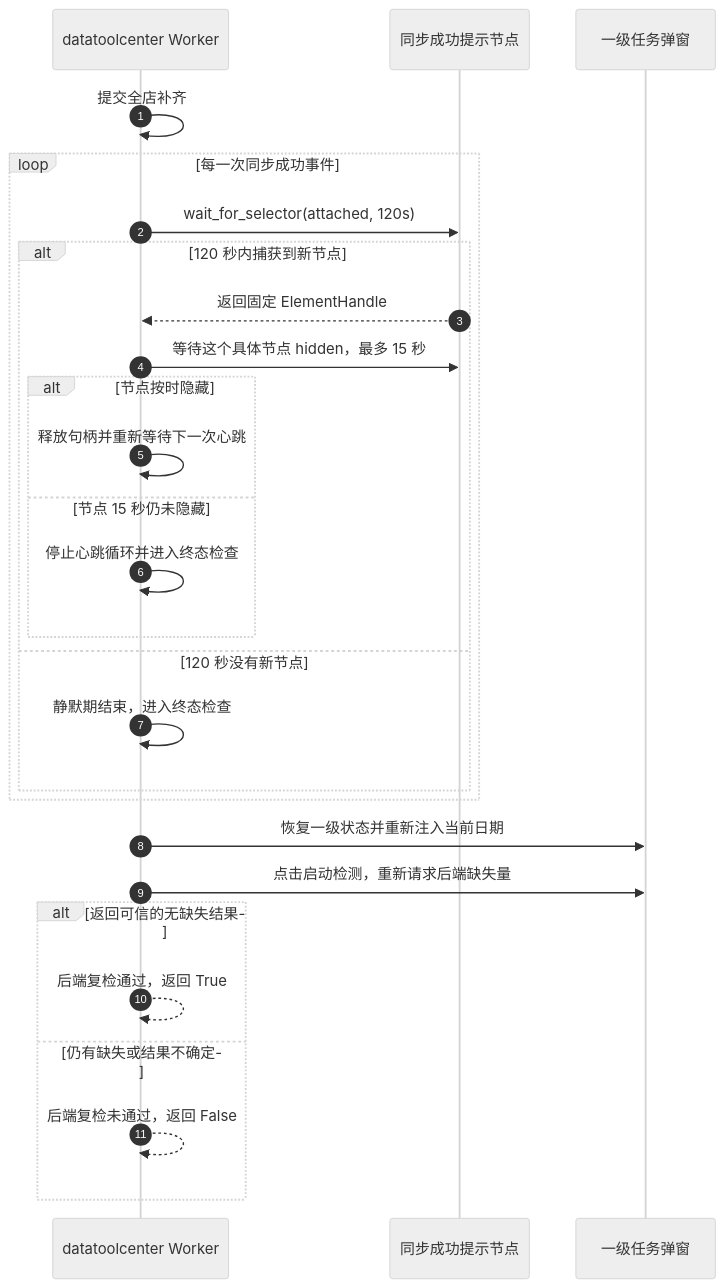
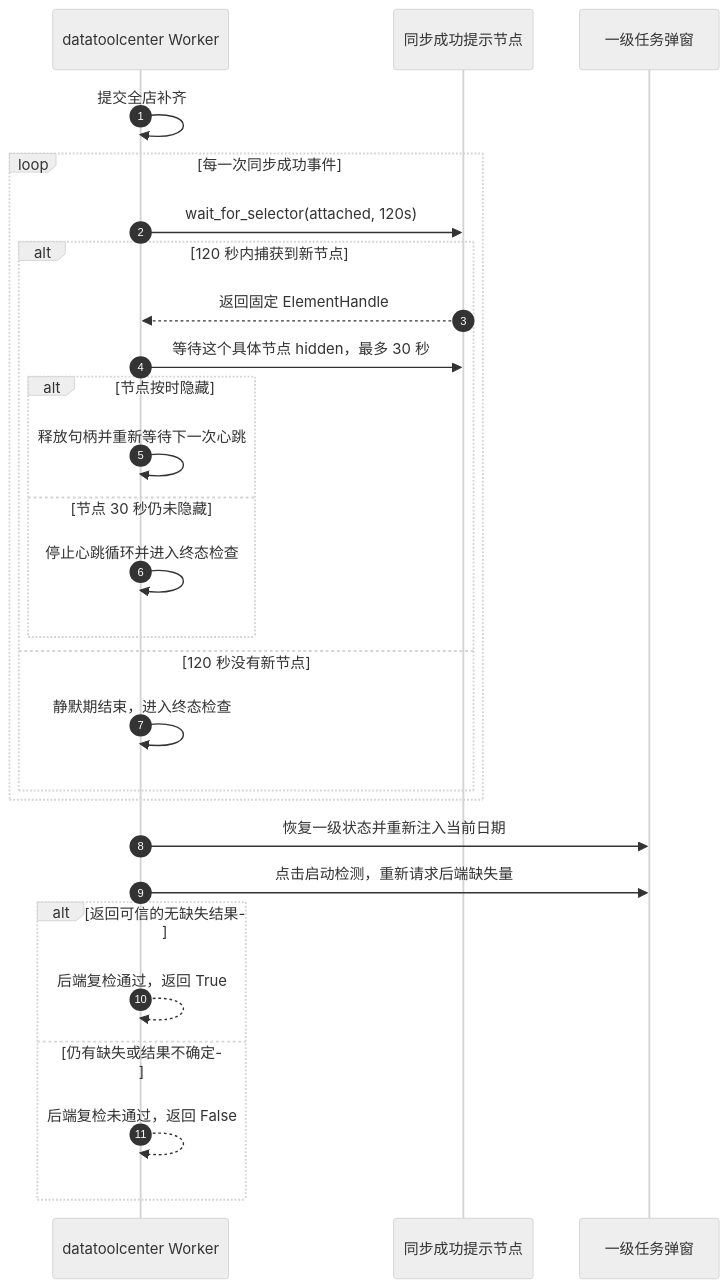
One commit to liao084/BitBrowser-Backfill-Engine changed the tenth of 15 diagrams in ARCHITECTURE.md. Above: the diagram before and after it, drawn with Mermaid (neutral theme). The commit also changed other lines of this file and 4 other files, not shown here.

````diff
--- a/ARCHITECTURE.md
+++ b/ARCHITECTURE.md
@@ -360,30 +362,30 @@
 ```mermaid
 sequenceDiagram
     autonumber
     participant W as datatoolcenter Worker
     participant Toast as 同步成功提示节点
     participant Primary as 一级任务弹窗
 
     W->>W: 提交全店补齐
     loop 每一次同步成功事件
         W->>Toast: wait_for_selector(attached, 120s)
         alt 120 秒内捕获到新节点
             Toast-->>W: 返回固定 ElementHandle
-            W->>Toast: 等待这个具体节点 hidden，最多 15 秒
+            W->>Toast: 等待这个具体节点 hidden，最多 30 秒
             alt 节点按时隐藏
                 W->>W: 释放句柄并重新等待下一次心跳
-            else 节点 15 秒仍未隐藏
+            else 节点 30 秒仍未隐藏
                 W->>W: 停止心跳循环并进入终态检查
             end
         else 120 秒没有新节点
             W->>W: 静默期结束，进入终态检查
         end
     end
     W->>Primary: 恢复一级状态并重新注入当前日期
     W->>Primary: 点击启动检测，重新请求后端缺失量
     alt 返回可信的无缺失结果
         W-->>W: 后端复检通过，返回 True
     else 仍有缺失或结果不确定
         W-->>W: 后端复检未通过，返回 False
     end
 ```
````
